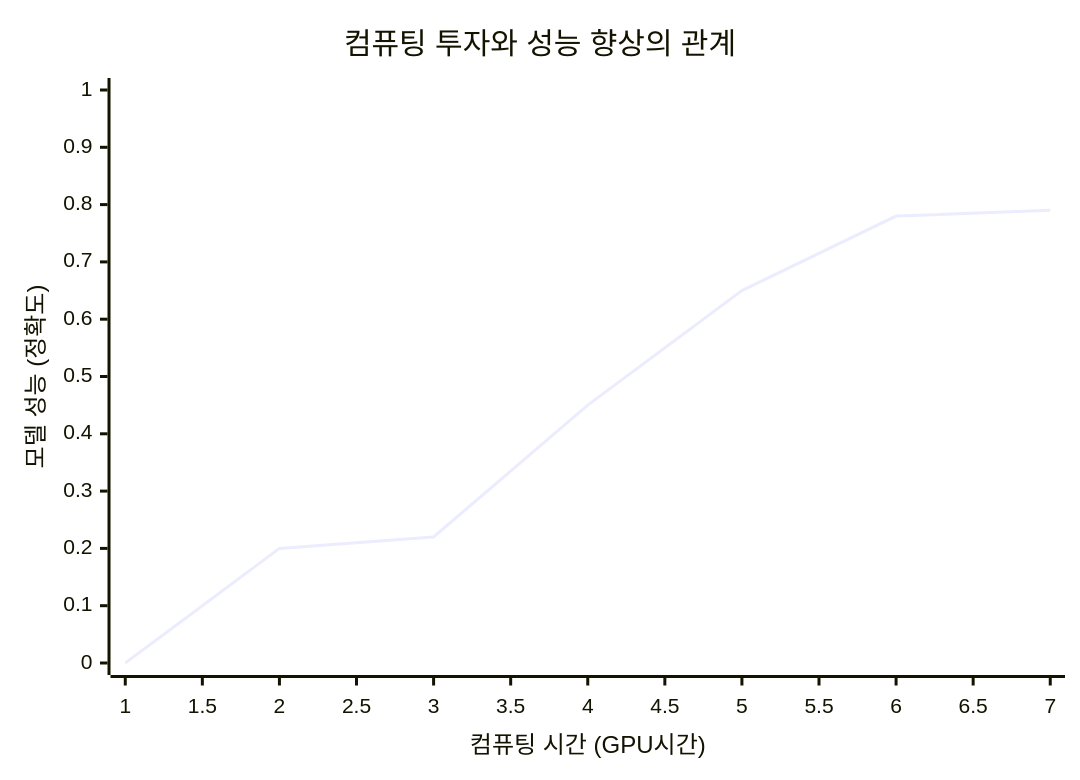
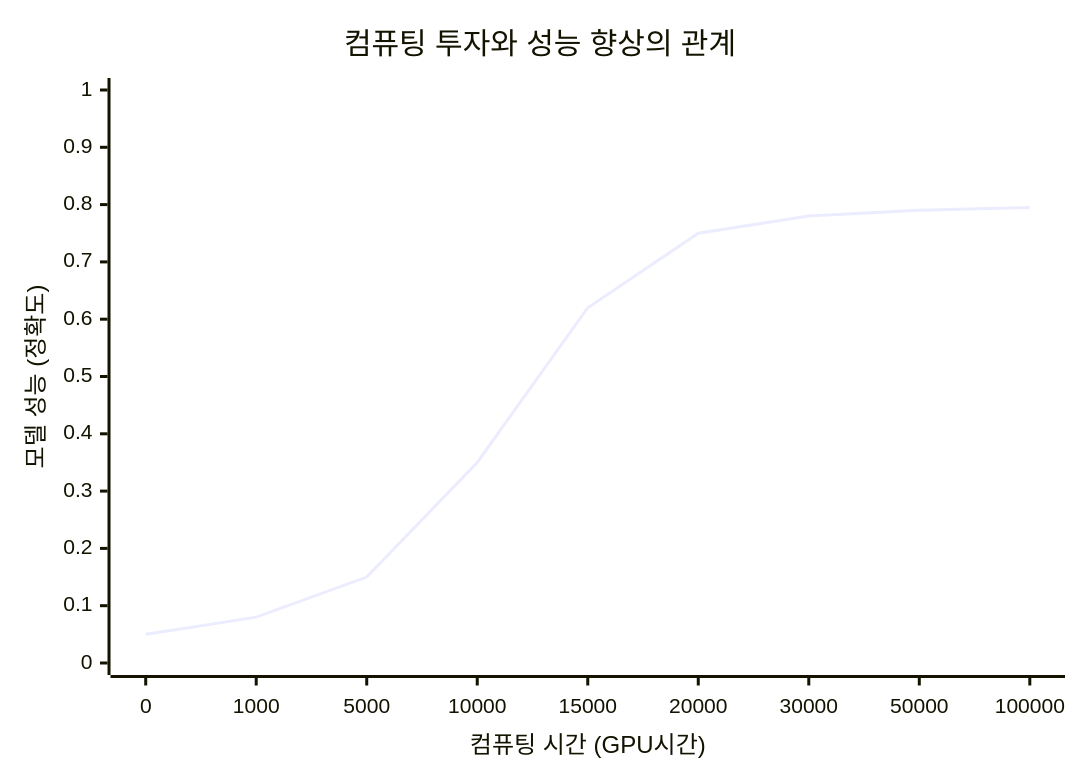
The diagram in machinelearning-llm-rl/강의자료_제2부_이론적배경.md (SH4316/Best-Practice), drawn with Mermaid before and after one commit.

Commit message:
Update machine-learning-LLM-RL : fix graph value

````diff
--- a/machinelearning-llm-rl/강의자료_제2부_이론적배경.md
+++ b/machinelearning-llm-rl/강의자료_제2부_이론적배경.md
@@ -25,7 +25,7 @@
 ```mermaid
 xychart-beta
     title "컴퓨팅 투자와 성능 향상의 관계"
-    x-axis "컴퓨팅 시간 (GPU시간)"
+    x-axis "컴퓨팅 시간 (GPU시간)" [0, 1000, 5000, 10000, 15000, 20000, 30000, 50000, 100000]
     y-axis "모델 성능 (정확도)" 0 --> 1
-    line [0, 0.2, 0.22, 0.45, 0.65, 0.78, 0.79]
+    line [0.05, 0.08, 0.15, 0.35, 0.62, 0.75, 0.78, 0.79, 0.795]
 ```
````
